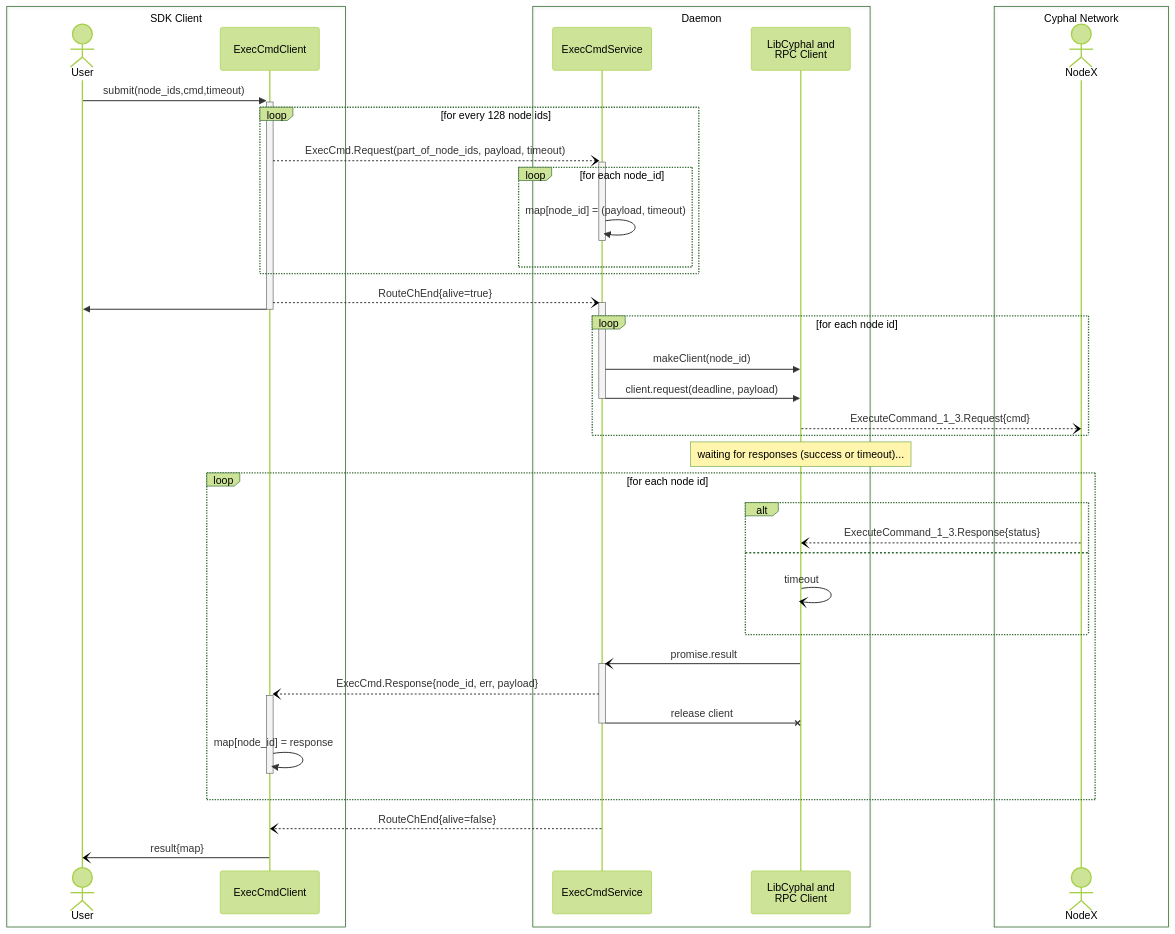
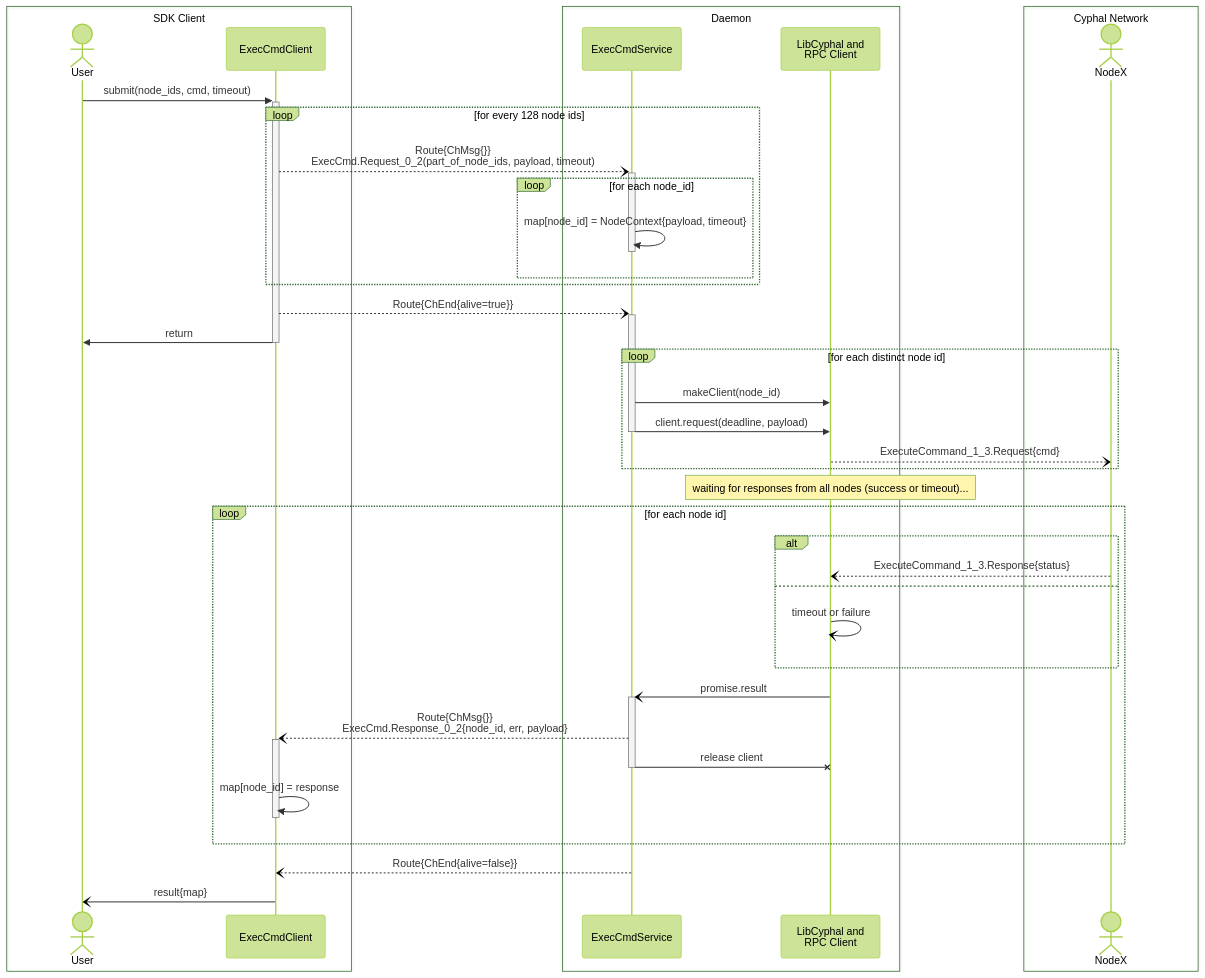
Before and after one commit to OpenCyphal-Garage/ocvsmd: the first of 2 diagrams in docs/svc_design.md, drawn with Mermaid (forest theme). The commit also changed other lines of this file, not shown here.

Commit message:
Described `ListRegisters` service

````diff
--- a/docs/svc_design.md
+++ b/docs/svc_design.md
@@ -24,51 +24,51 @@
 ```mermaid
 sequenceDiagram
     actor User
     participant ExecCmdClient
     participant ExecCmdService
     participant LibCyphal as LibCyphal and<br/>RPC Client
     actor NodeX
     
-    User ->>+ ExecCmdClient: submit(node_ids,cmd,timeout)
+    User ->>+ ExecCmdClient: submit(node_ids, cmd, timeout)
     loop for every 128 node ids
-        ExecCmdClient --)+ ExecCmdService: ExecCmd.Request(part_of_node_ids, payload, timeout)
+        ExecCmdClient --)+ ExecCmdService: Route{ChMsg{}}<br/>ExecCmd.Request_0_2(part_of_node_ids, payload, timeout)
         loop for each node_id
-            ExecCmdService ->>- ExecCmdService: map[node_id] = (payload, timeout)
+            ExecCmdService ->>- ExecCmdService: map[node_id] = NodeContext{payload, timeout}
         end
     end
-    
-    ExecCmdClient --)+ ExecCmdService: RouteChEnd{alive=true}
-    ExecCmdClient ->>- User : 
-    loop for each node id
+    ExecCmdClient --)+ ExecCmdService: Route{ChEnd{alive=true}}
+    ExecCmdClient ->>- User : return
+
+    loop for each distinct node id
         ExecCmdService ->> LibCyphal: makeClient(node_id)
         ExecCmdService ->>- LibCyphal: client.request(deadline, payload)
         LibCyphal --) NodeX: ExecuteCommand_1_3.Request{cmd}
     end
-    Note over LibCyphal: waiting for responses (success or timeout)...
+    Note over LibCyphal: waiting for responses from all nodes (success or timeout)...
     loop for each node id
         alt
             NodeX --) LibCyphal: ExecuteCommand_1_3.Response{status}
         else
-            LibCyphal -) LibCyphal: timeout
+            LibCyphal -) LibCyphal: timeout or failure
         end
         LibCyphal -)+ ExecCmdService: promise.result
-        ExecCmdService --)+ ExecCmdClient: ExecCmd.Response{node_id, err, payload}
+        ExecCmdService --)+ ExecCmdClient: Route{ChMsg{}}<br/>ExecCmd.Response_0_2{node_id, err, payload}
         ExecCmdService -x- LibCyphal: release client
         ExecCmdClient ->>- ExecCmdClient: map[node_id] = response
     end
     
-    ExecCmdService --) ExecCmdClient: RouteChEnd{alive=false}
+    ExecCmdService --) ExecCmdClient: Route{ChEnd{alive=false}}
     ExecCmdClient -) User: result{map}
 
     box SDK Client
         actor User
         participant ExecCmdClient
     end
     box Daemon
         participant ExecCmdService
         participant LibCyphal
     end
     box Cyphal Network
         actor NodeX
     end
 ```
````
